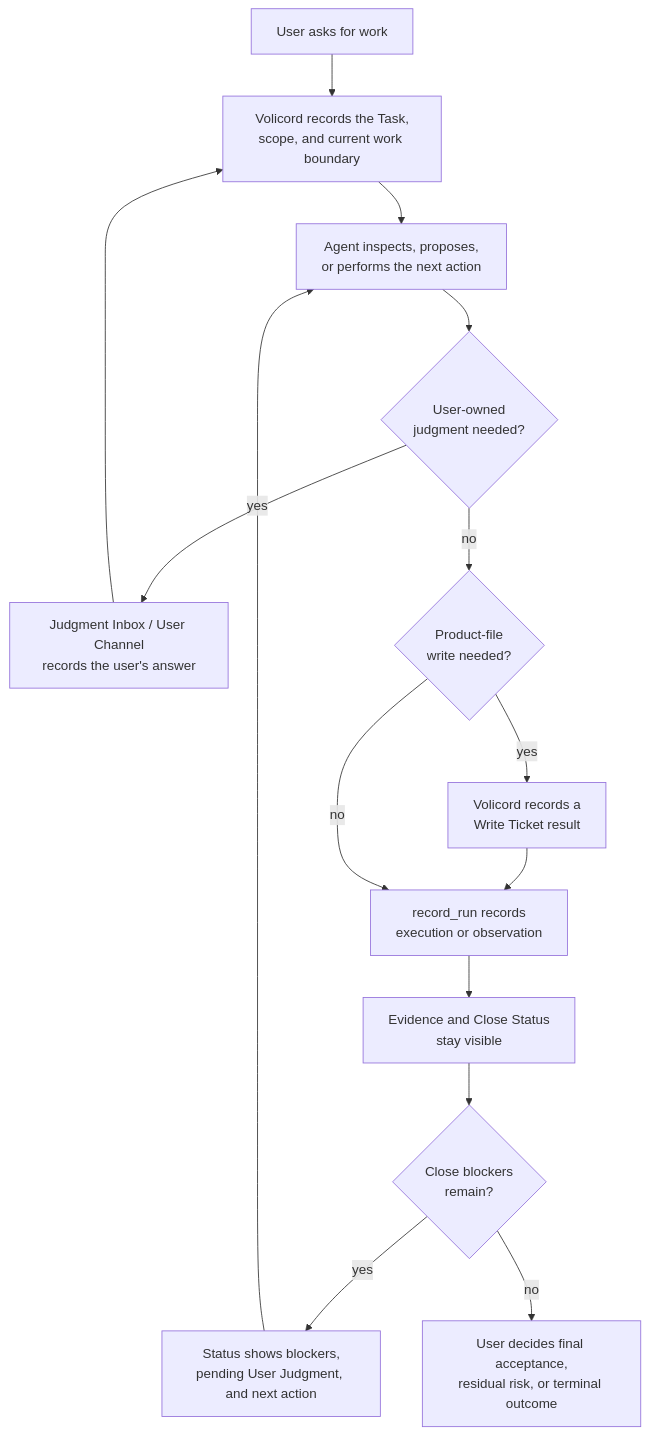
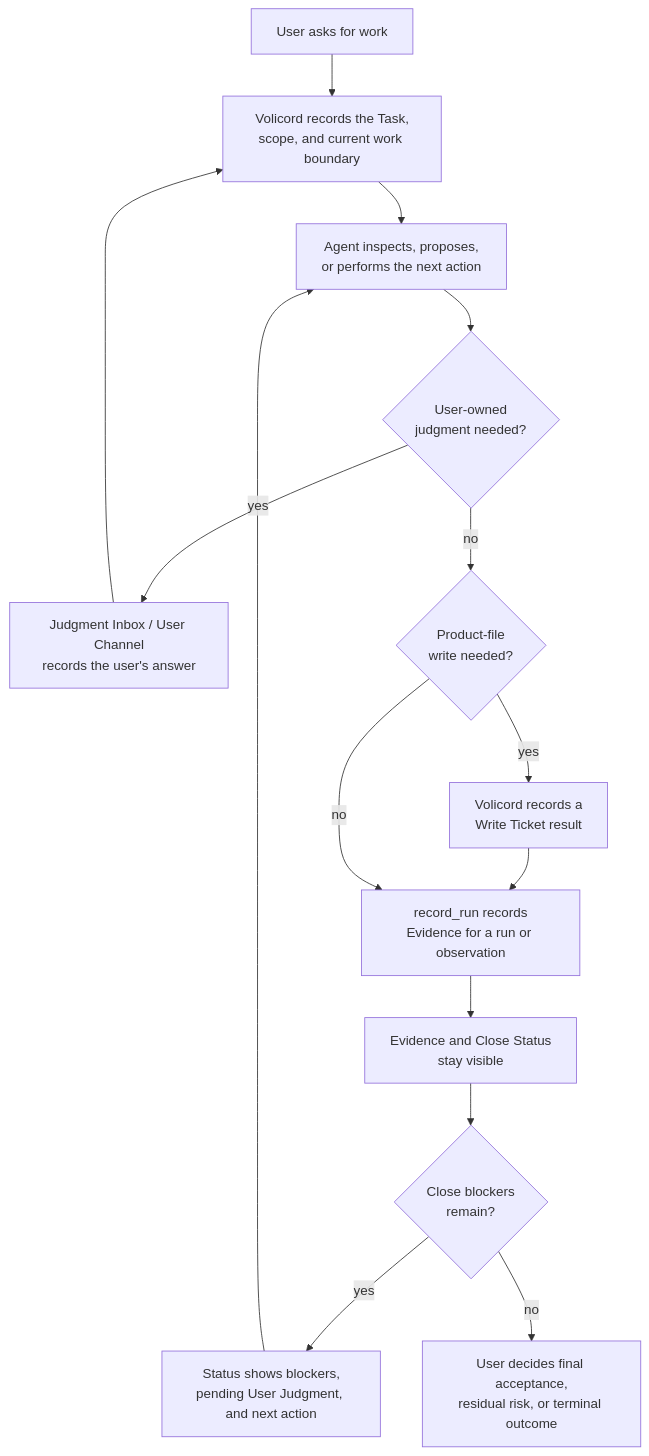
Before and after one commit to minjungw00/Volicord: the second of 2 diagrams in README.md, drawn with Mermaid. The commit also changed other lines of this file and 12 other files, not shown here.

````diff
--- a/README.md
+++ b/README.md
@@ -91,24 +91,24 @@
 ```mermaid
 flowchart TD
   request["User asks for work"]
   task["Volicord records the Task,<br/>scope, and current work boundary"]
   agent["Agent inspects, proposes,<br/>or performs the next action"]
   judgment{"User-owned<br/>judgment needed?"}
   inbox["Judgment Inbox / User Channel<br/>records the user's answer"]
   write{"Product-file<br/>write needed?"}
   ticket["Volicord records a<br/>Write Ticket result"]
-  run["record_run records<br/>execution or observation"]
+  run["record_run records<br/>Evidence for a run or observation"]
   evidence["Evidence and Close Status<br/>stay visible"]
   close{"Close blockers<br/>remain?"}
   status["Status shows blockers,<br/>pending User Judgment, and next action"]
   finish["User decides final acceptance,<br/>residual risk, or terminal outcome"]
 
   request --> task --> agent --> judgment
   judgment -- yes --> inbox --> task
   judgment -- no --> write
   write -- yes --> ticket --> run
   write -- no --> run
   run --> evidence --> close
   close -- yes --> status --> agent
   close -- no --> finish
 ```
````
